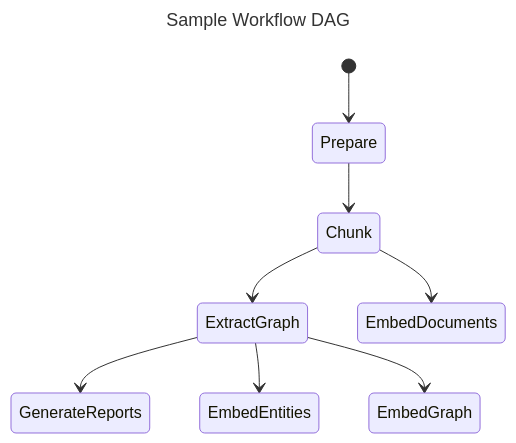
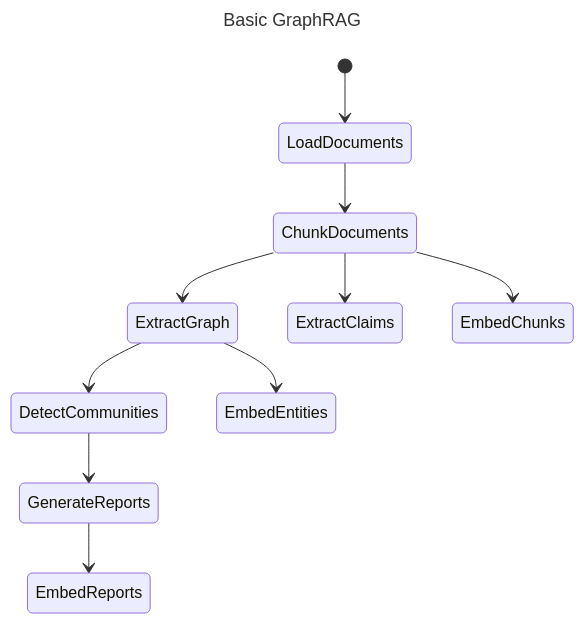
Before and after one commit to microsoft/graphrag: the diagram in docs/index/architecture.md, drawn with Mermaid. The commit also changed other lines of this file and 940 other files, not shown here.

````diff
--- a/docs/index/architecture.md
+++ b/docs/index/architecture.md
@@ -15,13 +14,15 @@
 ```mermaid
 ---
-title: Sample Workflow DAG
+title: Basic GraphRAG
 ---
 stateDiagram-v2
-    [*] --> Prepare
-    Prepare --> Chunk
-    Chunk --> ExtractGraph
-    Chunk --> EmbedDocuments
-    ExtractGraph --> GenerateReports
+    [*] --> LoadDocuments
+    LoadDocuments --> ChunkDocuments
+    ChunkDocuments --> ExtractGraph
+    ChunkDocuments --> ExtractClaims
+    ChunkDocuments --> EmbedChunks
+    ExtractGraph --> DetectCommunities
     ExtractGraph --> EmbedEntities
-    ExtractGraph --> EmbedGraph
+    DetectCommunities --> GenerateReports
+    GenerateReports --> EmbedReports
 ```
````
